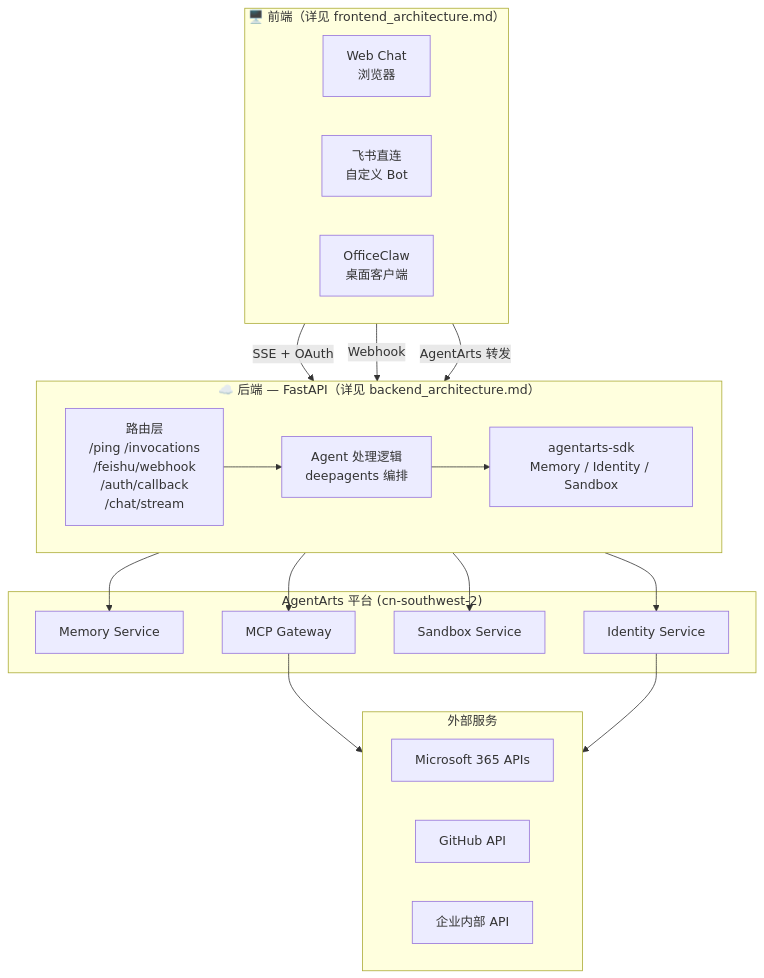
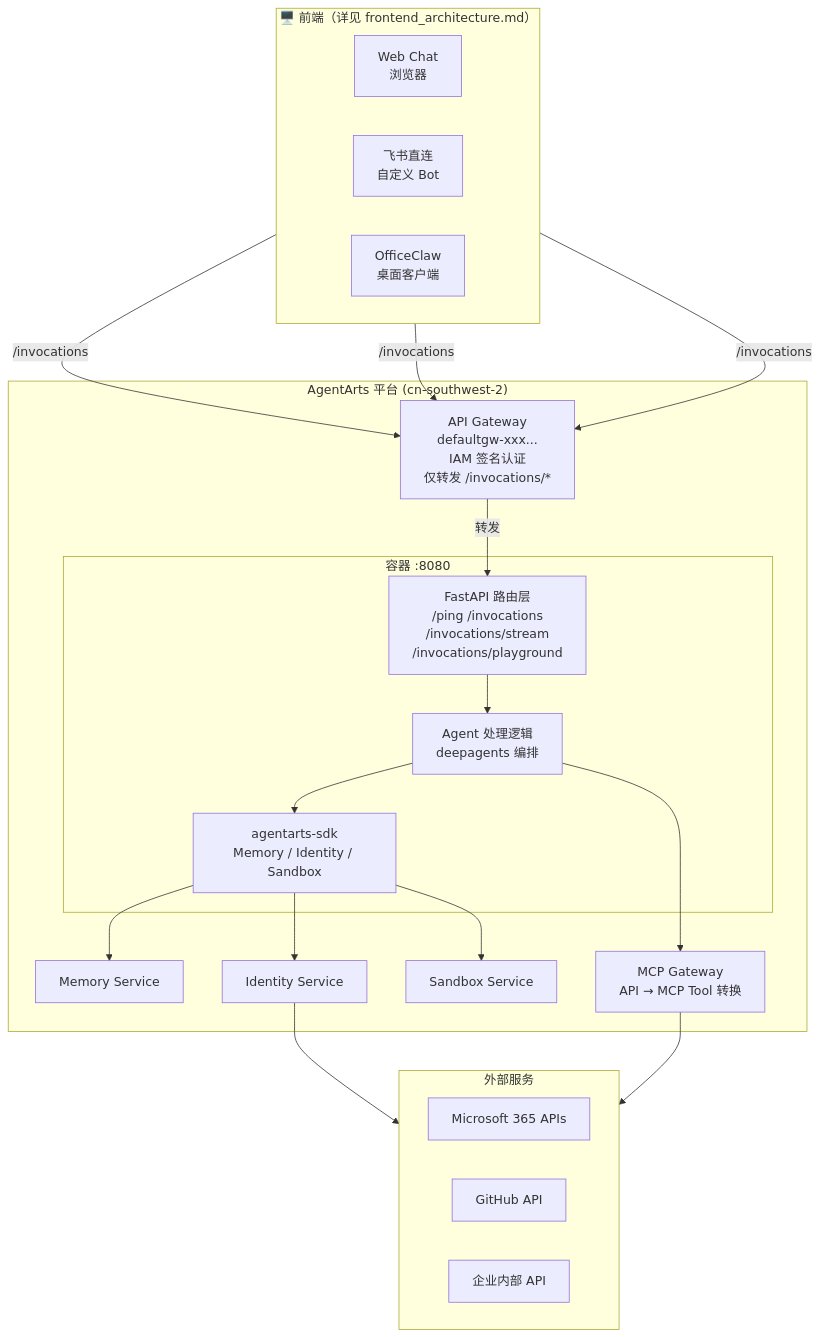
The first of 7 diagrams in personal-assistant-meta/architecture/overall_architecture.md (T-1009/personal-assistant), drawn with Mermaid before and after one commit. The commit also changed other lines of this file, not shown here.

Commit message:
更新架构图

````diff
--- a/personal-assistant-meta/architecture/overall_architecture.md
+++ b/personal-assistant-meta/architecture/overall_architecture.md
@@ -11,40 +11,40 @@
 ```mermaid
 flowchart TB
     subgraph Frontends["🖥️ 前端（详见 frontend_architecture.md）"]
         direction LR
         WebChat["Web Chat<br/>浏览器"]
         Feishu["飞书直连<br/>自定义 Bot"]
         OC["OfficeClaw<br/>桌面客户端"]
     end
 
-    subgraph Backend["☁️ 后端 — FastAPI（详见 backend_architecture.md）"]
-        direction LR
-        Routes["路由层<br/>/ping /invocations<br/>/feishu/webhook<br/>/auth/callback<br/>/chat/stream"]
-        Handler["Agent 处理逻辑<br/>deepagents 编排"]
-        SDK["agentarts-sdk<br/>Memory / Identity / Sandbox"]
-    end
-
     subgraph AgentArts["AgentArts 平台 (cn-southwest-2)"]
+        APIGW["API Gateway<br/>defaultgw-xxx...<br/>IAM 签名认证<br/>仅转发 /invocations/*"]
+        subgraph Container["容器 :8080"]
+            Routes["FastAPI 路由层<br/>/ping /invocations<br/>/invocations/stream<br/>/invocations/playground"]
+            Handler["Agent 处理逻辑<br/>deepagents 编排"]
+            SDK["agentarts-sdk<br/>Memory / Identity / Sandbox"]
+        end
         MemorySvc["Memory Service"]
         IdentitySvc["Identity Service"]
         SandboxSvc["Sandbox Service"]
-        MCPGW["MCP Gateway"]
+        MCPGW["MCP Gateway<br/>API → MCP Tool 转换"]
     end
 
     subgraph External["外部服务"]
         Microsoft365API["Microsoft 365 APIs"]
         GitHubAPI["GitHub API"]
         InternalAPI["企业内部 API"]
     end
 
-    WebChat -->|"SSE + OAuth"| Routes
-    Feishu -->|"Webhook"| Routes
-    OC -->|"AgentArts 转发"| Routes
+    WebChat -->|"/invocations"| APIGW
+    Feishu -->|"/invocations"| APIGW
+    OC -->|"/invocations"| APIGW
+    APIGW -->|"转发"| Routes
     Routes --> Handler
     Handler --> SDK
     SDK --> MemorySvc
     SDK --> IdentitySvc
     SDK --> SandboxSvc
     Handler --> MCPGW --> External
     IdentitySvc --> External
 ```
````
